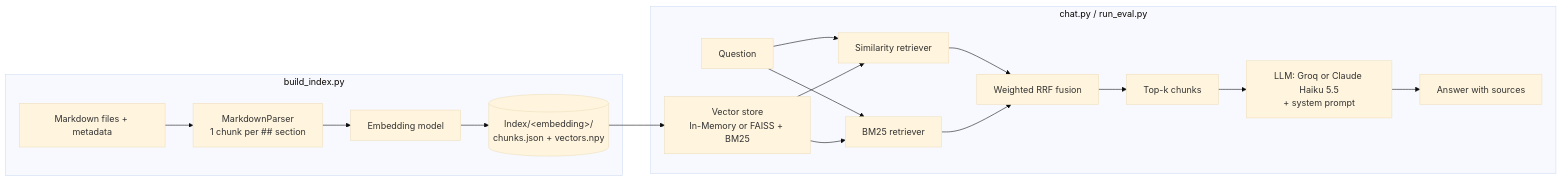
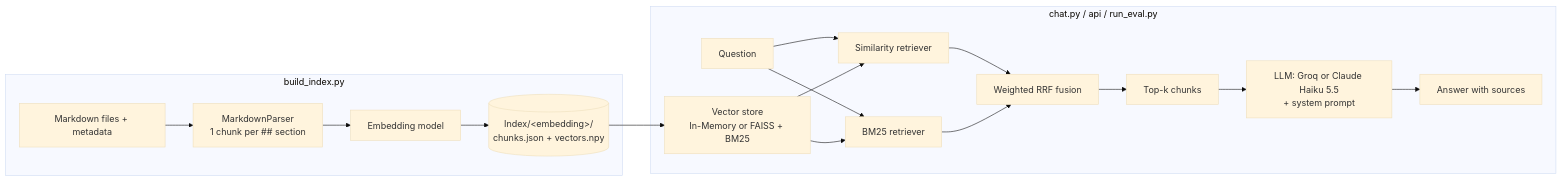
Before and after one commit to PixelArth/WikiRAG: the diagram in README.md, drawn with Mermaid (base theme). The commit also changed other lines of this file and 2 other files, not shown here.

````diff
--- a/README.md
+++ b/README.md
@@ -17,20 +18,20 @@
 ```mermaid
 flowchart LR
     subgraph build_index.py
         A[Markdown files + metadata] --> B[MarkdownParser<br/>1 chunk per ## section]
         B --> C[Embedding model]
         C --> D[(Index/&lt;embedding&gt;/<br/>chunks.json + vectors.npy)]
     end
-    subgraph chat.py / run_eval.py
+    subgraph chat.py / api / run_eval.py
         D --> E[Vector store<br/>In-Memory or FAISS + BM25]
         Q[Question] --> F[Similarity retriever]
         Q --> G[BM25 retriever]
         E --> F
         E --> G
         F --> H[Weighted RRF fusion]
         G --> H
         H --> I[Top-k chunks]
         I --> J[LLM: Groq or Claude Haiku 5.5<br/>+ system prompt]
         J --> K[Answer with sources]
     end
 ```
````
